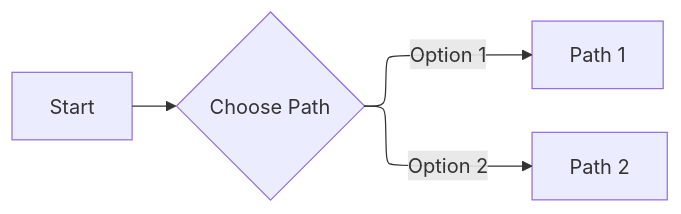
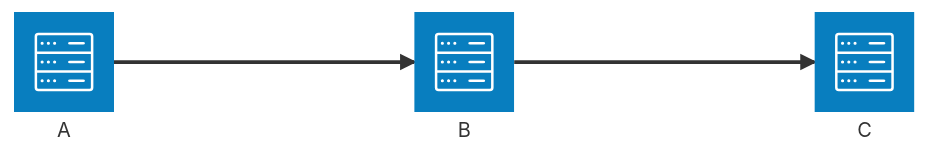
Before and after one commit to petrushchako/DevOps_Books: the fourth of 4 diagrams in README.md, drawn with Mermaid.

Commit message:
Add AWS architecture

````diff
--- a/README.md
+++ b/README.md
@@ -36,14 +36,13 @@
 ```mermaid
 ---
 config:
-  layout: elk
-  elk:
-    mergeEdges: true
-    nodePlacementStrategy: LINEAR_SEGMENTS
-    nodePlacementAlignment: NONE
+  architecture:
+    idealEdgeLengthMultiplier: 3
 ---
-flowchart LR
-  A[Start] --> B{Choose Path}
-  B -->|Option 1| C[Path 1]
-  B -->|Option 2| D[Path 2]
+architecture-beta
+    service a(server)[A]
+    service b(server)[B]
+    service c(server)[C]
+    a:R --> L:b
+    b:R --> L:c
 ```
````
